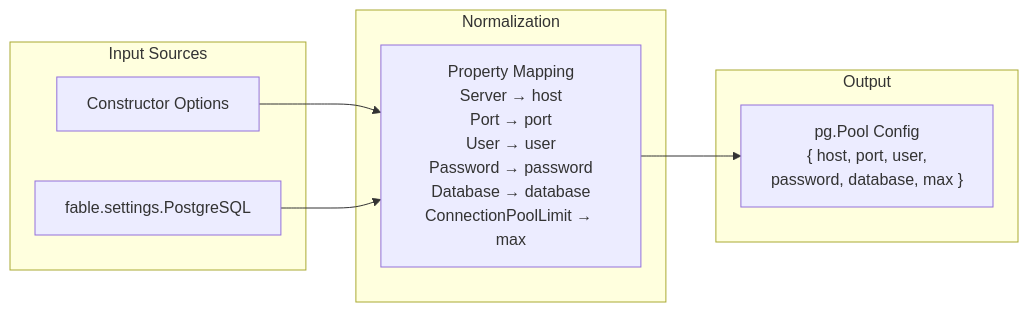
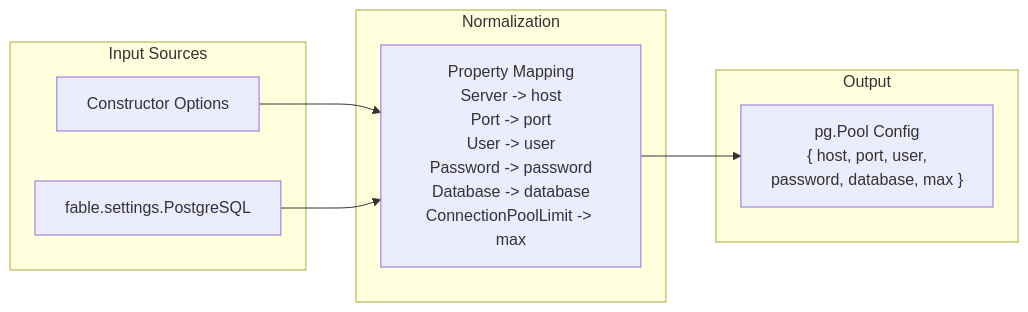
Before and after one commit to stevenvelozo/meadow-connection-postgresql: the fourth of 6 diagrams in docs/architecture.md, drawn with Mermaid. The commit also changed other lines of this file, not shown here.

Commit message:
Documentation simplification

````diff
--- a/docs/architecture.md
+++ b/docs/architecture.md
@@ -99,16 +99,16 @@
 ```mermaid
 flowchart LR
 	subgraph Input Sources
 		OPT[Constructor Options]
 		SET[fable.settings.PostgreSQL]
 	end
 	subgraph Normalization
-		NORM["Property Mapping<br/>Server → host<br/>Port → port<br/>User → user<br/>Password → password<br/>Database → database<br/>ConnectionPoolLimit → max"]
+		NORM["Property Mapping<br/>Server -> host<br/>Port -> port<br/>User -> user<br/>Password -> password<br/>Database -> database<br/>ConnectionPoolLimit -> max"]
 	end
 	subgraph Output
 		PGPOOL["pg.Pool Config<br/>{ host, port, user,<br/>  password, database, max }"]
 	end
 	OPT --> NORM
 	SET --> NORM
 	NORM --> PGPOOL
 ```
````
